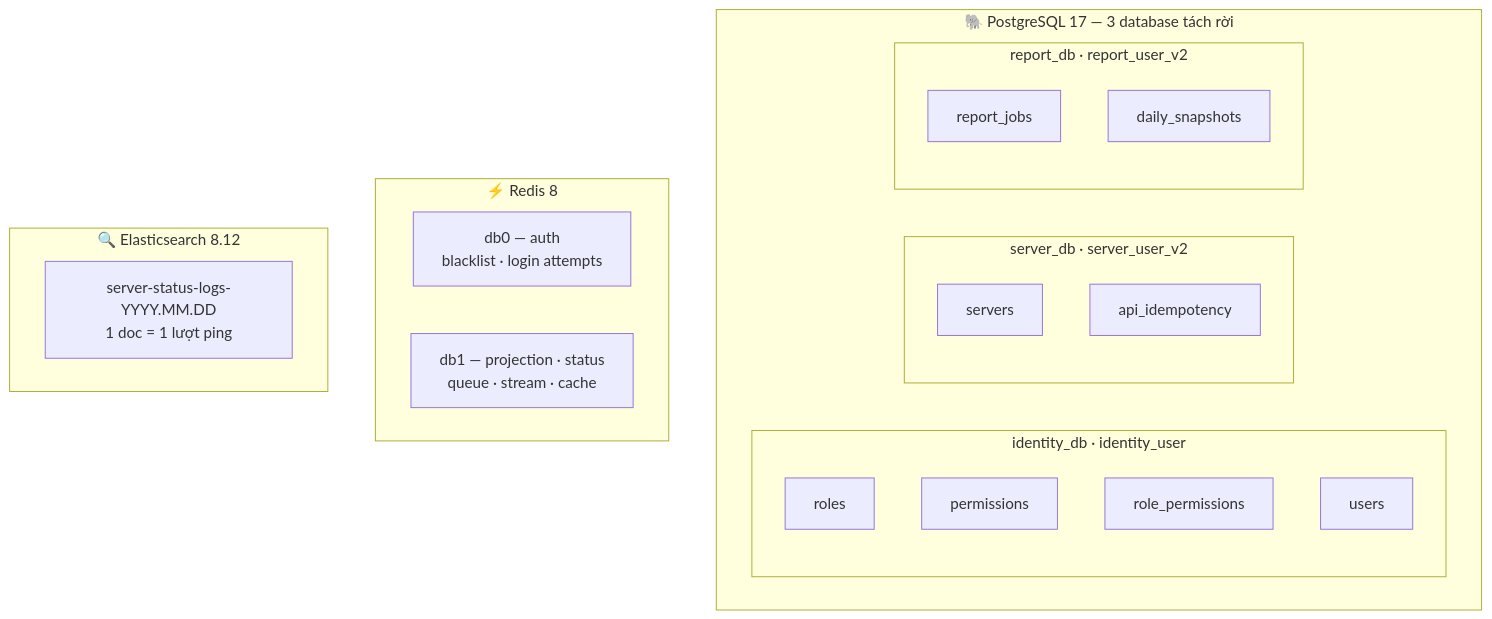
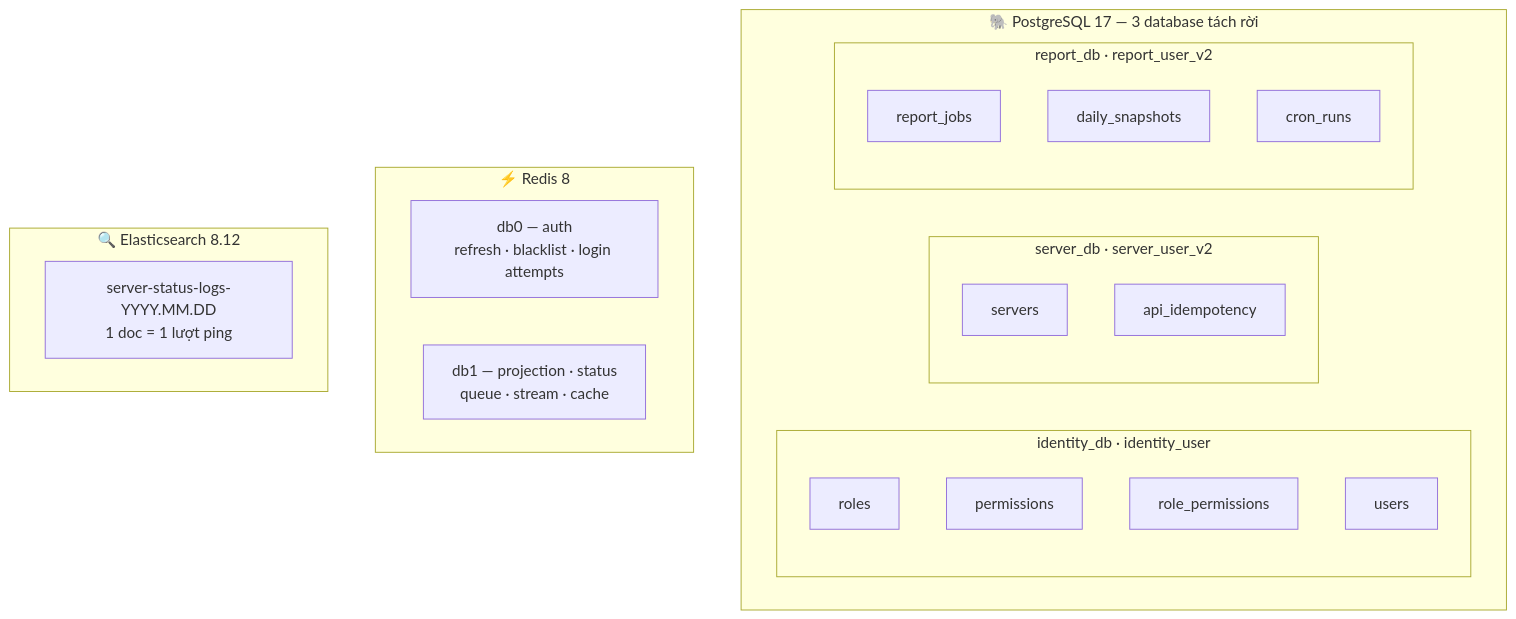
Before and after one commit to dwchwang/sms_microservice: the first of 10 diagrams in .claude/diagrams/erd-diagram.md, drawn with Mermaid. The commit also changed other lines of this file and 24 other files, not shown here.

````diff
--- a/.claude/diagrams/erd-diagram.md
+++ b/.claude/diagrams/erd-diagram.md
@@ -9,28 +11,29 @@
 ```mermaid
 graph TB
     subgraph PG["🐘 PostgreSQL 17 — 3 database tách rời"]
         subgraph D1["identity_db · identity_user"]
             T1["roles"]
             T2["permissions"]
             T3["role_permissions"]
             T4["users"]
         end
         subgraph D2["server_db · server_user_v2"]
             T5["servers"]
             T6["api_idempotency"]
         end
         subgraph D3["report_db · report_user_v2"]
             T7["report_jobs"]
             T8["daily_snapshots"]
+            T9["cron_runs"]
         end
     end
 
     subgraph RD["⚡ Redis 8"]
-        K1["db0 — auth<br/>blacklist · login attempts"]
+        K1["db0 — auth<br/>refresh · blacklist · login attempts"]
         K2["db1 — projection · status<br/>queue · stream · cache"]
     end
 
     subgraph ES["🔍 Elasticsearch 8.12"]
         E1["server-status-logs-YYYY.MM.DD<br/>1 doc = 1 lượt ping"]
     end
 ```
````
